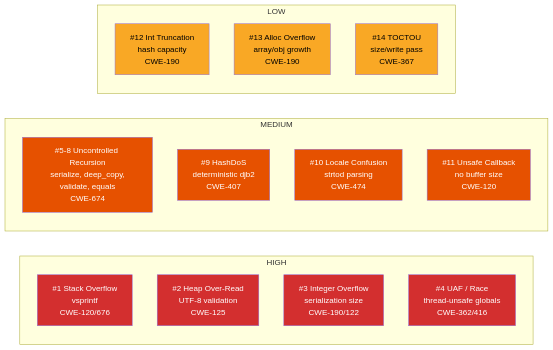
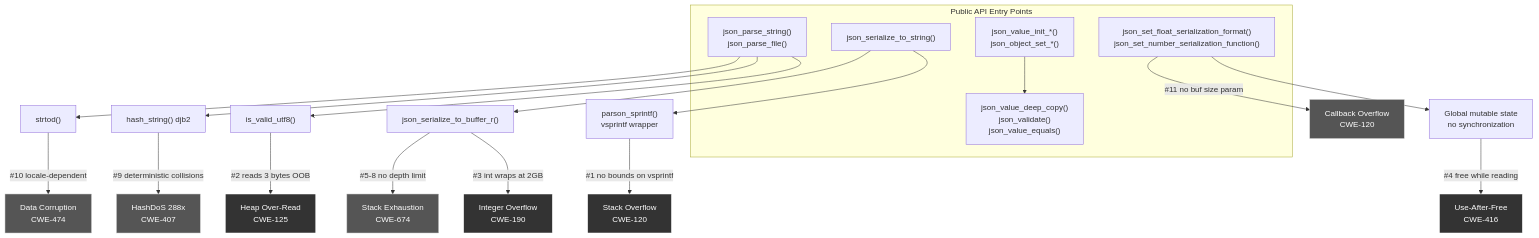
The first of 5 diagrams in README.md (KazamaDono/Low-Level-Research), drawn with Mermaid before and after one commit. The commit also changed other lines of this file and 2 other files, not shown here.

First line of the commit message:
readme: simplify main overview, add mermaid exploit diagrams, remove PII

````diff
--- a/README.md
+++ b/README.md
@@ -40,34 +38,36 @@
 ```mermaid
-graph LR
-    subgraph HIGH
-        H1["#1 Stack Overflow<br/>vsprintf<br/>CWE-120/676"]
-        H2["#2 Heap Over-Read<br/>UTF-8 validation<br/>CWE-125"]
-        H3["#3 Integer Overflow<br/>serialization size<br/>CWE-190/122"]
-        H4["#4 UAF / Race<br/>thread-unsafe globals<br/>CWE-362/416"]
+graph TD
+    subgraph "Public API Entry Points"
+        PARSE["json_parse_string()<br/>json_parse_file()"]
+        SERIAL["json_serialize_to_string()"]
+        BUILD["json_value_init_*()<br/>json_object_set_*()"]
+        CONFIG["json_set_float_serialization_format()<br/>json_set_number_serialization_function()"]
+        OPS["json_value_deep_copy()<br/>json_validate()<br/>json_value_equals()"]
     end
 
-    subgraph MEDIUM
-        M1["#5-8 Uncontrolled Recursion<br/>serialize, deep_copy,<br/>validate, equals<br/>CWE-674"]
-        M2["#9 HashDoS<br/>deterministic djb2<br/>CWE-407"]
-        M3["#10 Locale Confusion<br/>strtod parsing<br/>CWE-474"]
-        M4["#11 Unsafe Callback<br/>no buffer size<br/>CWE-120"]
-    end
+    PARSE --> UTF8["is_valid_utf8()"]
+    PARSE --> HASH["hash_string() djb2"]
+    PARSE --> NUM["strtod()"]
+    SERIAL --> SPRINTF["parson_sprintf()<br/>vsprintf wrapper"]
+    SERIAL --> RECURSE["json_serialize_to_buffer_r()"]
+    BUILD --> OPS
+    CONFIG --> GLOBALS["Global mutable state<br/>no synchronization"]
 
-    subgraph LOW
-        L1["#12 Int Truncation<br/>hash capacity<br/>CWE-190"]
-        L2["#13 Alloc Overflow<br/>array/obj growth<br/>CWE-190"]
-        L3["#14 TOCTOU<br/>size/write pass<br/>CWE-367"]
-    end
+    UTF8 -->|"#2 reads 3 bytes OOB"| V2["Heap Over-Read<br/>CWE-125"]
+    HASH -->|"#9 deterministic collisions"| V9["HashDoS 288x<br/>CWE-407"]
+    NUM -->|"#10 locale-dependent"| V10["Data Corruption<br/>CWE-474"]
+    SPRINTF -->|"#1 no bounds on vsprintf"| V1["Stack Overflow<br/>CWE-120"]
+    RECURSE -->|"#3 int wraps at 2GB"| V3["Integer Overflow<br/>CWE-190"]
+    RECURSE -->|"#5-8 no depth limit"| V5["Stack Exhaustion<br/>CWE-674"]
+    GLOBALS -->|"#4 free while reading"| V4["Use-After-Free<br/>CWE-416"]
+    CONFIG -->|"#11 no buf size param"| V11["Callback Overflow<br/>CWE-120"]
 
-    style H1 fill:#d32f2f,color:#fff
-    style H2 fill:#d32f2f,color:#fff
-    style H3 fill:#d32f2f,color:#fff
-    style H4 fill:#d32f2f,color:#fff
-    style M1 fill:#e65100,color:#fff
-    style M2 fill:#e65100,color:#fff
-    style M3 fill:#e65100,color:#fff
-    style M4 fill:#e65100,color:#fff
-    style L1 fill:#f9a825,color:#000
-    style L2 fill:#f9a825,color:#000
-    style L3 fill:#f9a825,color:#000
+    style V1 fill:#333,color:#fff,stroke:#fff
+    style V2 fill:#333,color:#fff,stroke:#fff
+    style V3 fill:#333,color:#fff,stroke:#fff
+    style V4 fill:#333,color:#fff,stroke:#fff
+    style V5 fill:#555,color:#fff,stroke:#ccc
+    style V9 fill:#555,color:#fff,stroke:#ccc
+    style V10 fill:#555,color:#fff,stroke:#ccc
+    style V11 fill:#555,color:#fff,stroke:#ccc
 ```
````
